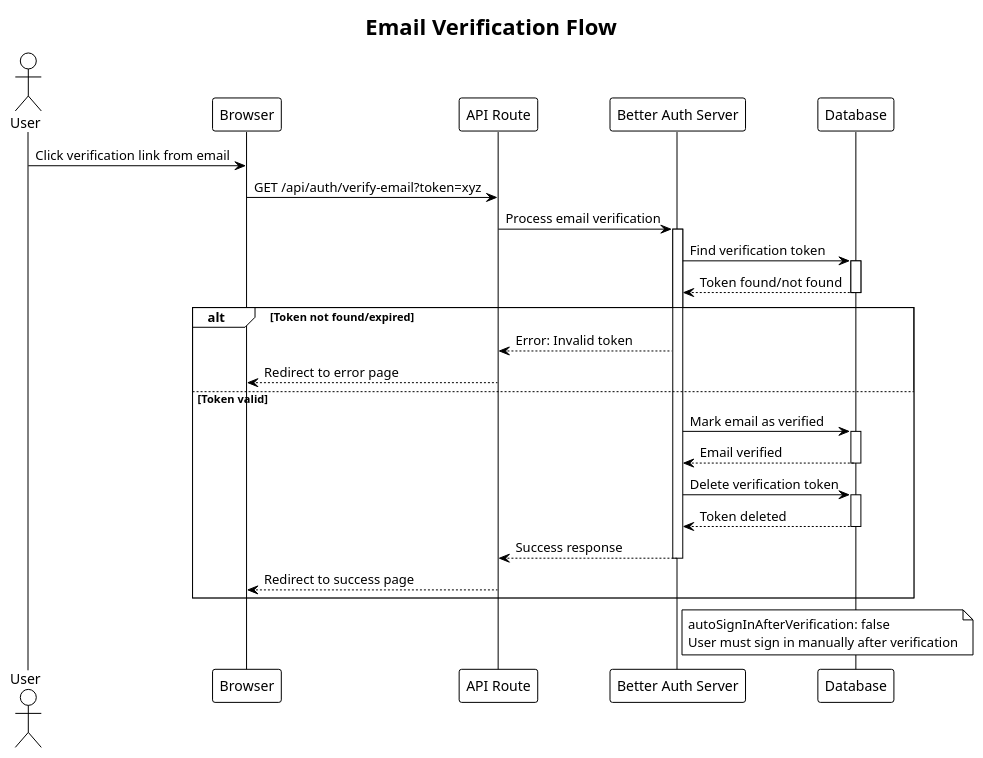
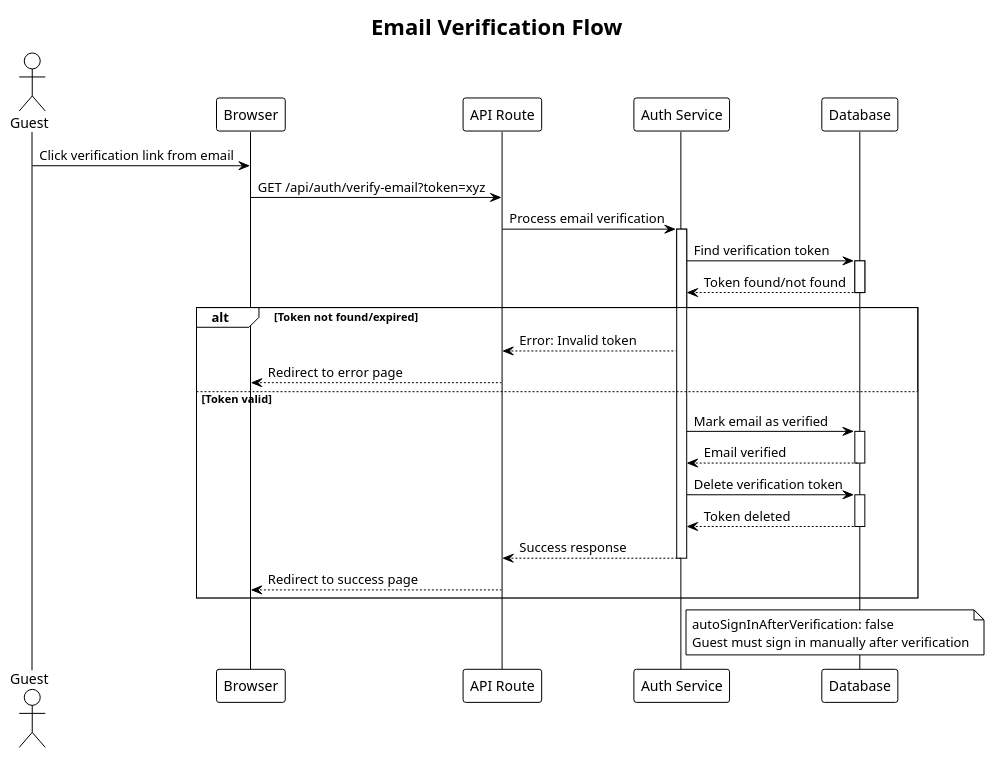
Before and after one commit to VieTicket/vieticket-monorepo: the seventh of 8 diagrams in puml/auth.puml, drawn with PlantUML. The commit also changed other lines of this file and 4 other files, not shown here.

Commit message:
[OPS-28] seq diagram for seatmap

```diff
--- a/puml/auth.puml
+++ b/puml/auth.puml
@@ -377,47 +377,47 @@
 @startuml email-verification
 !theme plain
 title Email Verification Flow
 
-actor User
+actor Guest
 participant "Browser" as Browser
 participant "API Route" as API
-participant "Better Auth Server" as Auth
+participant "Auth Service" as Auth
 participant "Database" as DB
 
-User -> Browser: Click verification link from email
+Guest -> Browser: Click verification link from email
 Browser -> API: GET /api/auth/verify-email?token=xyz
 
 API -> Auth: Process email verification
 activate Auth
 
 Auth -> DB: Find verification token
 activate DB
 DB --> Auth: Token found/not found
 deactivate DB
 
 alt Token not found/expired
     Auth --> API: Error: Invalid token
     API --> Browser: Redirect to error page
 else Token valid
     Auth -> DB: Mark email as verified
     activate DB
     DB --> Auth: Email verified
     deactivate DB
     
     Auth -> DB: Delete verification token
     activate DB
     DB --> Auth: Token deleted
     deactivate DB
     
     Auth --> API: Success response
     deactivate Auth
     
     API --> Browser: Redirect to success page
 end
 
 note right of Auth
   autoSignInAfterVerification: false
-  User must sign in manually after verification
+  Guest must sign in manually after verification
 end note
 
 @enduml
```
